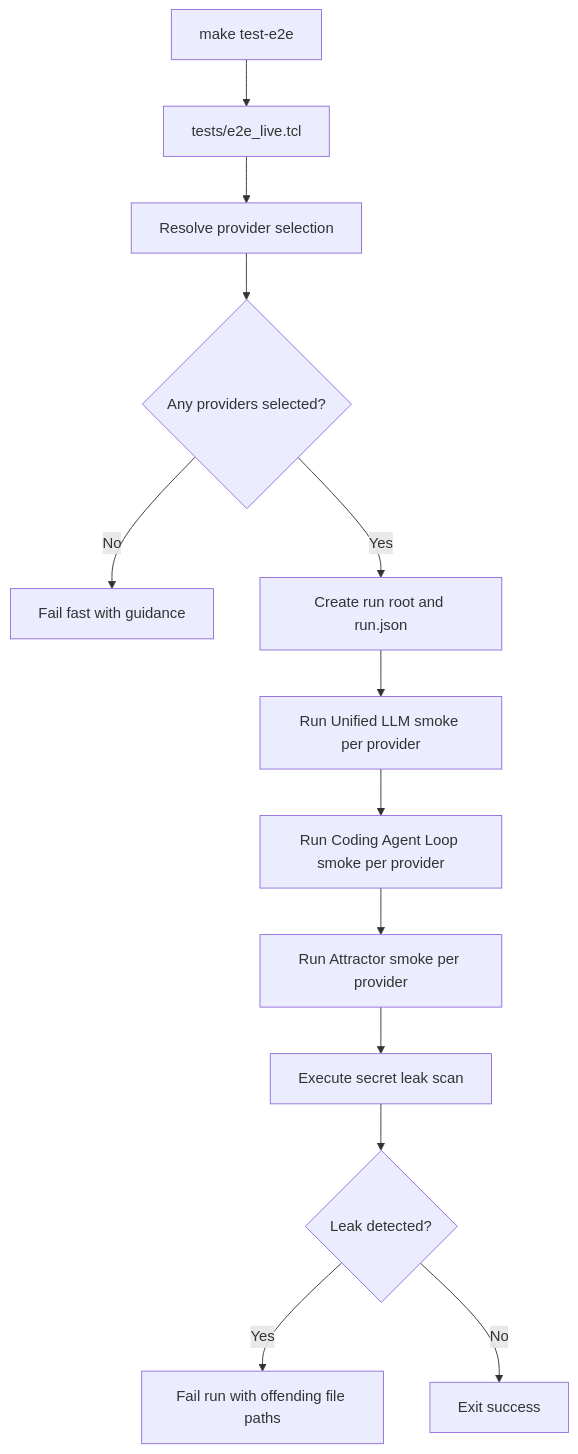
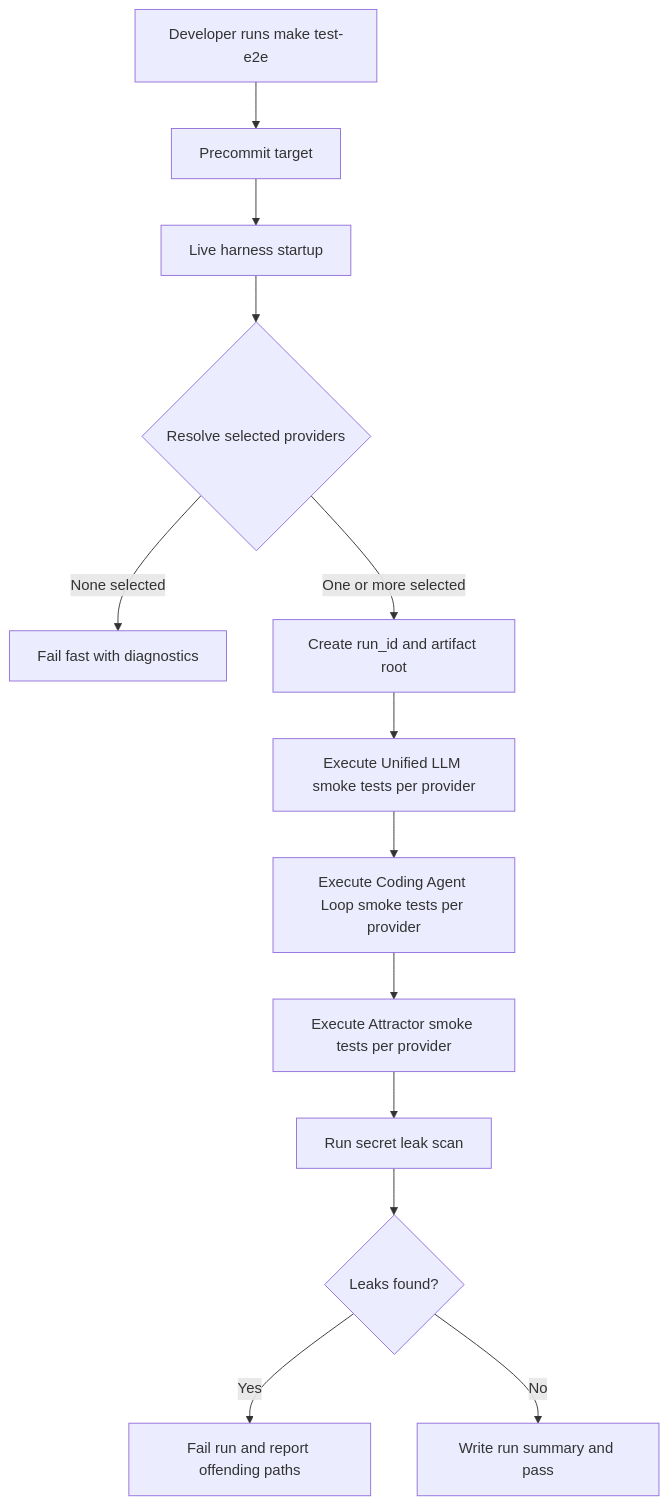
Before and after one commit to jaytaylor/attractor-tcl: the third of 5 diagrams in docs/sprints/SPRINT-004-comprehensive-implementation-plan.md, drawn with Mermaid. The commit also changed other lines of this file, not shown here.

Commit message:
docs: create sprint 004 comprehensive implementation plan

````diff
--- a/docs/sprints/SPRINT-004-comprehensive-implementation-plan.md
+++ b/docs/sprints/SPRINT-004-comprehensive-implementation-plan.md
@@ -1172,15 +784,15 @@
 ```mermaid
 flowchart TD
-  A[make test-e2e] --> B[tests/e2e_live.tcl]
-  B --> C[Resolve provider selection]
-  C --> D{Any providers selected?}
-  D -->|No| E[Fail fast with guidance]
-  D -->|Yes| F[Create run root and run.json]
-  F --> G[Run Unified LLM smoke per provider]
-  G --> H[Run Coding Agent Loop smoke per provider]
-  H --> I[Run Attractor smoke per provider]
-  I --> J[Execute secret leak scan]
-  J --> K{Leak detected?}
-  K -->|Yes| L[Fail run with offending file paths]
-  K -->|No| M[Exit success]
+  A[Developer runs make test-e2e] --> B[Precommit target]
+  B --> C[Live harness startup]
+  C --> D{Resolve selected providers}
+  D -->|None selected| E[Fail fast with diagnostics]
+  D -->|One or more selected| F[Create run_id and artifact root]
+  F --> G[Execute Unified LLM smoke tests per provider]
+  G --> H[Execute Coding Agent Loop smoke tests per provider]
+  H --> I[Execute Attractor smoke tests per provider]
+  I --> J[Run secret leak scan]
+  J --> K{Leaks found?}
+  K -->|Yes| L[Fail run and report offending paths]
+  K -->|No| M[Write run summary and pass]
 ```
````
